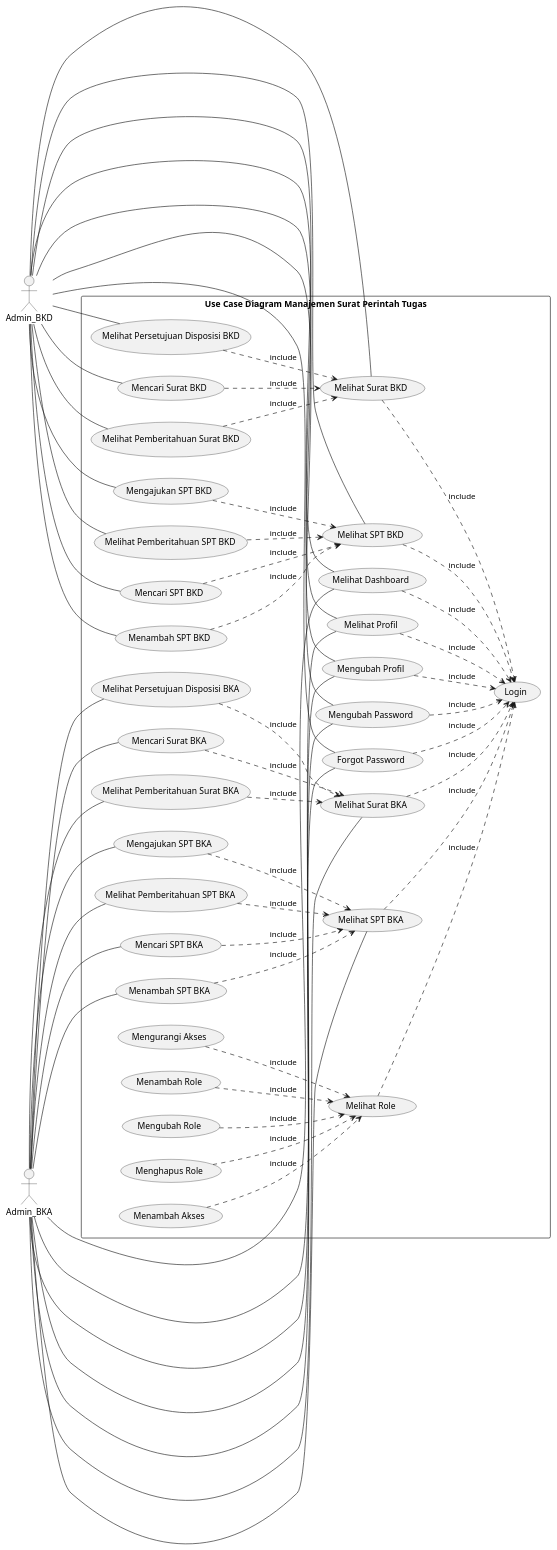
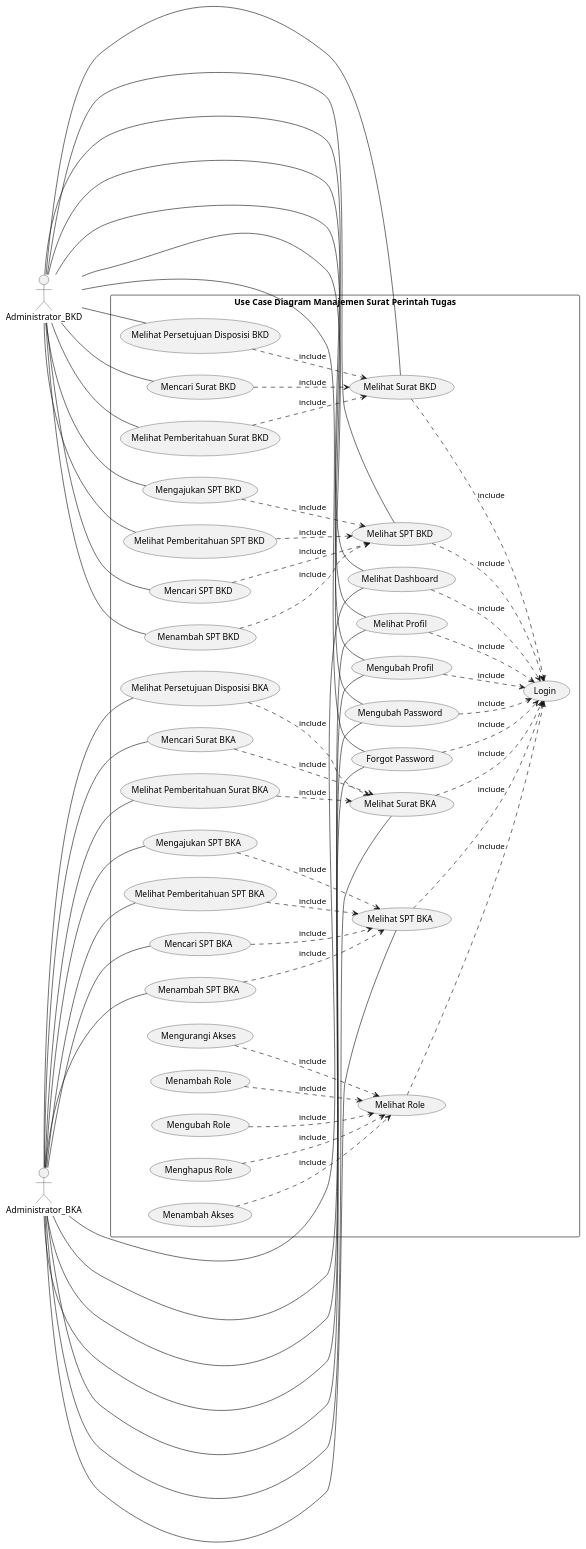
One commit to kurniado729/sistem_kp changed the diagram in SELAIN SISTEM/UML/DIAGRAM/UsecaseDiagram2.puml. Above: the diagram before and after it, drawn with PlantUML. The commit also changed 218 other files, not shown here.

Commit message:
ubah sequence

```diff
--- a/SELAIN SISTEM/UML/DIAGRAM/UsecaseDiagram2.puml
+++ b/SELAIN SISTEM/UML/DIAGRAM/UsecaseDiagram2.puml
@@ -1,78 +1,78 @@
 @startuml Usecase
 Left to Right Direction
 skinParam packageStyle rectangle
 
-actor Admin_BKD
-actor Admin_BKA
+actor Administrator_BKD
+actor Administrator_BKA
 
 rectangle "Use Case Diagram Manajemen Surat Perintah Tugas"{
 
-    Admin_BKD -- (Melihat Dashboard)
-    Admin_BKD -- (Melihat Profil)
-    Admin_BKD -- (Mengubah Profil)
-    Admin_BKD-- (Mengubah Password)
-    Admin_BKD -- (Forgot Password)
-    Admin_BKD -- (Melihat Surat BKD)
-    Admin_BKD -- (Melihat Persetujuan Disposisi BKD)
-    Admin_BKD -- (Menambah SPT BKD)
-    Admin_BKD -- (Melihat SPT BKD)
-    Admin_BKD -- (Mengajukan SPT BKD)
-    Admin_BKD -- (Mencari Surat BKD)
-    Admin_BKD -- (Mencari SPT BKD)
-    Admin_BKD -- (Melihat Pemberitahuan Surat BKD)
-    Admin_BKD -- (Melihat Pemberitahuan SPT BKD)
+    Administrator_BKD -- (Melihat Dashboard)
+    Administrator_BKD -- (Melihat Profil)
+    Administrator_BKD -- (Mengubah Profil)
+    Administrator_BKD-- (Mengubah Password)
+    Administrator_BKD -- (Forgot Password)
+    Administrator_BKD -- (Melihat Surat BKD)
+    Administrator_BKD -- (Melihat Persetujuan Disposisi BKD)
+    Administrator_BKD -- (Menambah SPT BKD)
+    Administrator_BKD -- (Melihat SPT BKD)
+    Administrator_BKD -- (Mengajukan SPT BKD)
+    Administrator_BKD -- (Mencari Surat BKD)
+    Administrator_BKD -- (Mencari SPT BKD)
+    Administrator_BKD -- (Melihat Pemberitahuan Surat BKD)
+    Administrator_BKD -- (Melihat Pemberitahuan SPT BKD)
 
-    Admin_BKA -- (Melihat Dashboard)
-    Admin_BKA -- (Melihat Profil)
-    Admin_BKA -- (Mengubah Profil)
-    Admin_BKA-- (Mengubah Password)
-    Admin_BKA -- (Forgot Password)
-    Admin_BKA -- (Melihat Surat BKA)
-    Admin_BKA -- (Melihat Persetujuan Disposisi BKA)
-    Admin_BKA -- (Menambah SPT BKA)
-    Admin_BKA -- (Melihat SPT BKA)
-    Admin_BKA -- (Mengajukan SPT BKA)
-    Admin_BKA -- (Mencari Surat BKA)
-    Admin_BKA -- (Mencari SPT BKA)
-    Admin_BKA -- (Melihat Pemberitahuan Surat BKA)
-    Admin_BKA -- (Melihat Pemberitahuan SPT BKA)
+    Administrator_BKA -- (Melihat Dashboard)
+    Administrator_BKA -- (Melihat Profil)
+    Administrator_BKA -- (Mengubah Profil)
+    Administrator_BKA-- (Mengubah Password)
+    Administrator_BKA -- (Forgot Password)
+    Administrator_BKA -- (Melihat Surat BKA)
+    Administrator_BKA -- (Melihat Persetujuan Disposisi BKA)
+    Administrator_BKA -- (Menambah SPT BKA)
+    Administrator_BKA -- (Melihat SPT BKA)
+    Administrator_BKA -- (Mengajukan SPT BKA)
+    Administrator_BKA -- (Mencari Surat BKA)
+    Administrator_BKA -- (Mencari SPT BKA)
+    Administrator_BKA -- (Melihat Pemberitahuan Surat BKA)
+    Administrator_BKA -- (Melihat Pemberitahuan SPT BKA)
     
     ' semua aktor
     (Melihat Dashboard)..> (Login) : include
     (Melihat Profil)..> (Login) : include
     (Mengubah Profil)..> (Login) : include
     (Mengubah Password)..> (Login) : include
     (Forgot Password)..> (Login) : include
     (Melihat Role)..> (Login) : include
     (Menambah Role)..> (Melihat Role) : include
     (Mengubah Role)..> (Melihat Role) : include
     (Menghapus Role)..> (Melihat Role) : include
     (Menambah Akses)..> (Melihat Role) : include
     (Mengurangi Akses)..> (Melihat Role) : include
 
 
 '    admin bkd
     (Melihat Surat BKD)..> (Login) : include
     (Melihat Persetujuan Disposisi BKD)..> (Melihat Surat BKD) : include
     (Menambah SPT BKD)..> (Melihat SPT BKD) : include
     (Melihat SPT BKD)..> (Login) : include
     (Mengajukan SPT BKD)..> (Melihat SPT BKD) : include
     (Mencari Surat BKD)..> (Melihat Surat BKD) : include
     (Mencari SPT BKD)..> (Melihat SPT BKD) : include
     (Melihat Pemberitahuan Surat BKD)..> (Melihat Surat BKD) : include
     (Melihat Pemberitahuan SPT BKD)..> (Melihat SPT BKD) : include
 
     '    admin bka
     (Melihat Surat BKA)..> (Login) : include
     (Melihat Persetujuan Disposisi BKA)..> (Melihat Surat BKA) : include
     (Menambah SPT BKA)..> (Melihat SPT BKA) : include
     (Melihat SPT BKA)..> (Login) : include
     (Mengajukan SPT BKA)..> (Melihat SPT BKA) : include
     (Mencari Surat BKA)..> (Melihat Surat BKA) : include
     (Mencari SPT BKA)..> (Melihat SPT BKA) : include
     (Melihat Pemberitahuan Surat BKA)..> (Melihat Surat BKA) : include
     (Melihat Pemberitahuan SPT BKA)..> (Melihat SPT BKA) : include
 
 }
 
 @enduml
```
